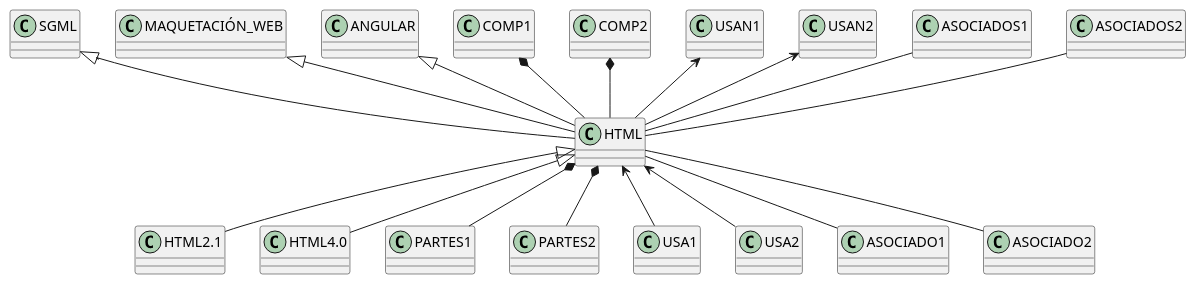
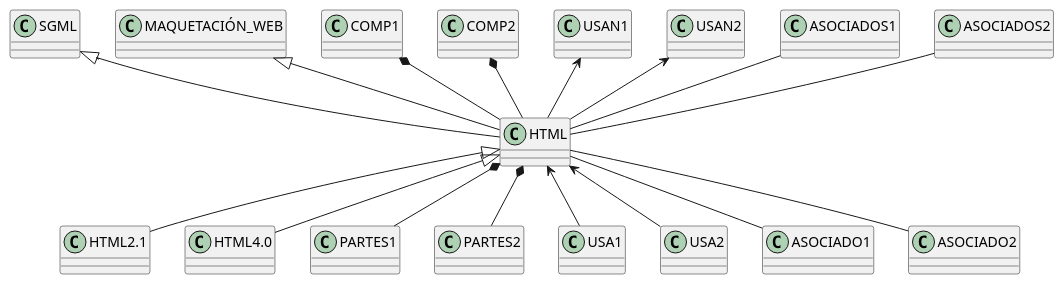
One commit to CodeURJC-DAW-2018-19/santatecla-relaciones-2 changed the diagram in relman/images/contextHTML.plantuml. Above: the diagram before and after it, drawn with PlantUML. The commit also changed 23 other files, not shown here.

```diff
--- a/relman/images/contextHTML.plantuml
+++ b/relman/images/contextHTML.plantuml
@@ -1,20 +1,19 @@
 @startuml 
  set namespaceSeparator none
 SGML <|-- HTML
 MAQUETACIÓN_WEB <|-- HTML
-ANGULAR <|-- HTML
 COMP1 *-- HTML
 COMP2 *-- HTML
 USAN1 <-- HTML
 USAN2 <-- HTML
 ASOCIADOS1 -- HTML
 ASOCIADOS2 -- HTML
 HTML <|-- HTML2.1
 HTML <|-- HTML4.0
 HTML *-- PARTES1
 HTML *-- PARTES2
 HTML <-- USA1
 HTML <-- USA2
 HTML -- ASOCIADO1
 HTML -- ASOCIADO2
 @enduml
```
